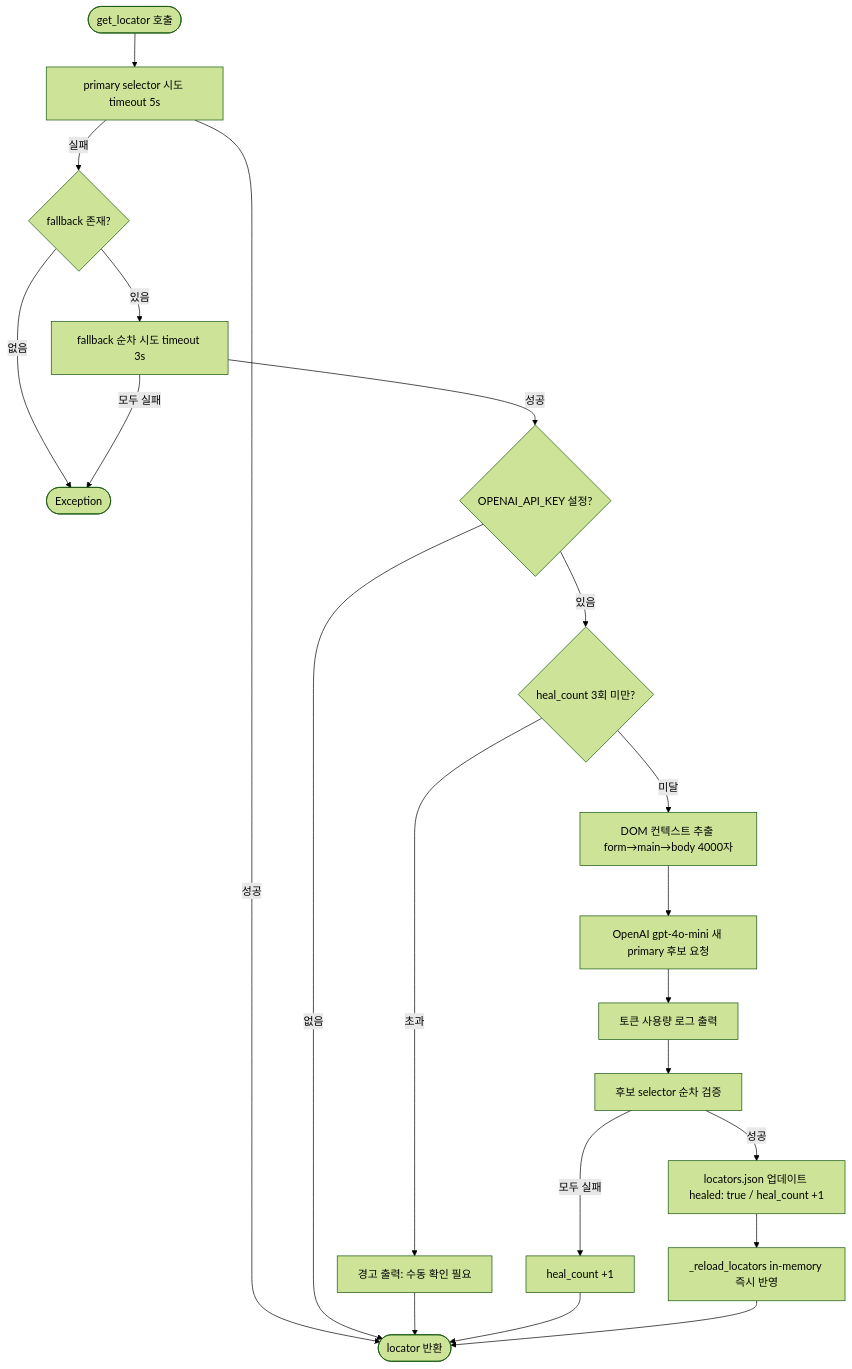
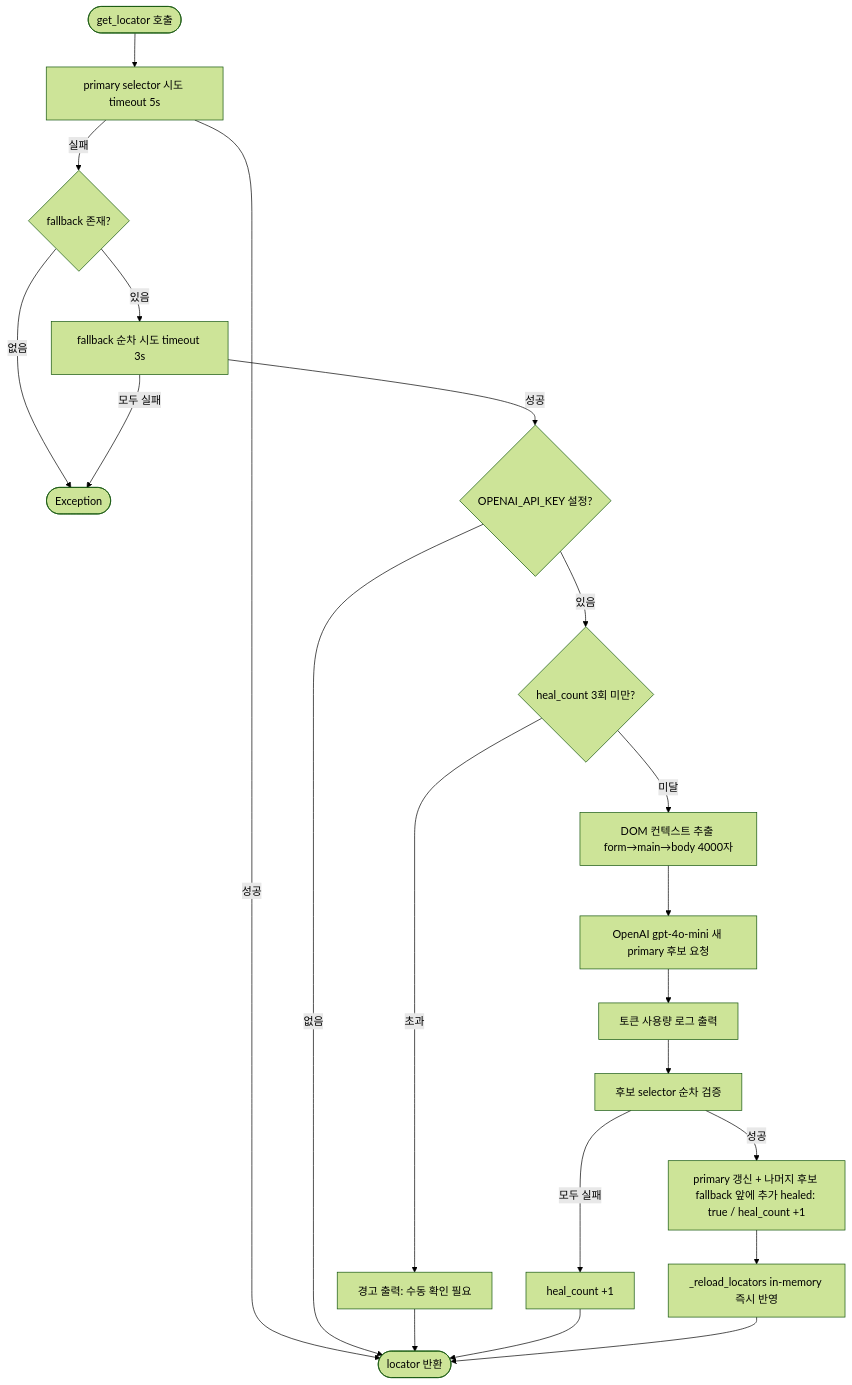
Before and after one commit to lotusmint06/playwright: the second of 2 diagrams in README.md, drawn with Mermaid (forest theme). The commit also changed other lines of this file, not shown here.

Commit message:
docs: Locator 탐색 흐름도에 fallback 자동 보강 전략 반영

````diff
--- a/README.md
+++ b/README.md
@@ -58,23 +58,23 @@
 ```mermaid
 flowchart TD
     start([get_locator 호출]) --> primary[primary selector 시도 timeout 5s]
     primary -- 성공 --> ret([locator 반환])
     primary -- 실패 --> hasfallback{fallback 존재?}
     hasfallback -- 없음 --> err([Exception])
     hasfallback -- 있음 --> fallback[fallback 순차 시도 timeout 3s]
     fallback -- 성공 --> haskey{OPENAI_API_KEY 설정?}
     fallback -- 모두 실패 --> err
     haskey -- 없음 --> ret
     haskey -- 있음 --> countcheck{heal_count 3회 미만?}
     countcheck -- 초과 --> warn[경고 출력: 수동 확인 필요]
     warn --> ret
     countcheck -- 미달 --> dom[DOM 컨텍스트 추출 form→main→body 4000자]
     dom --> openai[OpenAI gpt-4o-mini 새 primary 후보 요청]
     openai --> tokenlog[토큰 사용량 로그 출력]
     tokenlog --> candidates[후보 selector 순차 검증]
-    candidates -- 성공 --> update[locators.json 업데이트 healed: true / heal_count +1]
+    candidates -- 성공 --> update[primary 갱신 + 나머지 후보 fallback 앞에 추가 healed: true / heal_count +1]
     candidates -- 모두 실패 --> countup[heal_count +1]
     countup --> ret
     update --> reload[_reload_locators in-memory 즉시 반영]
     reload --> ret
 ```
````
